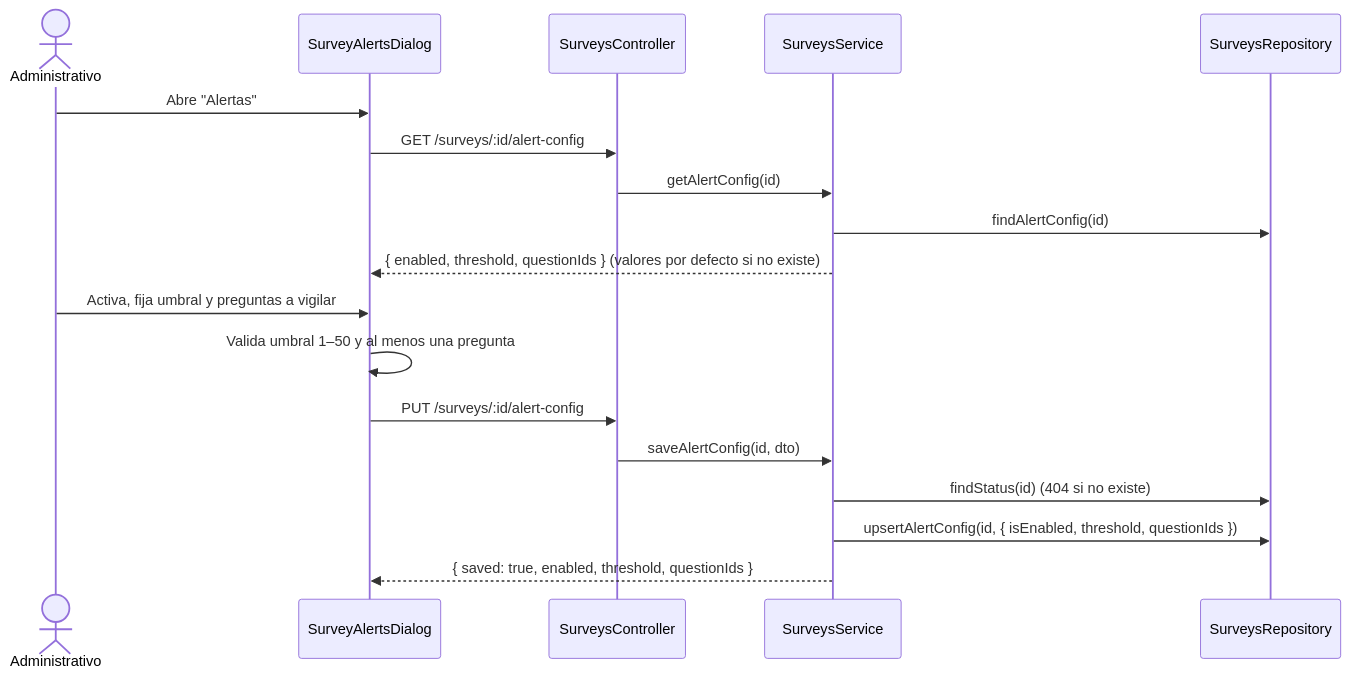
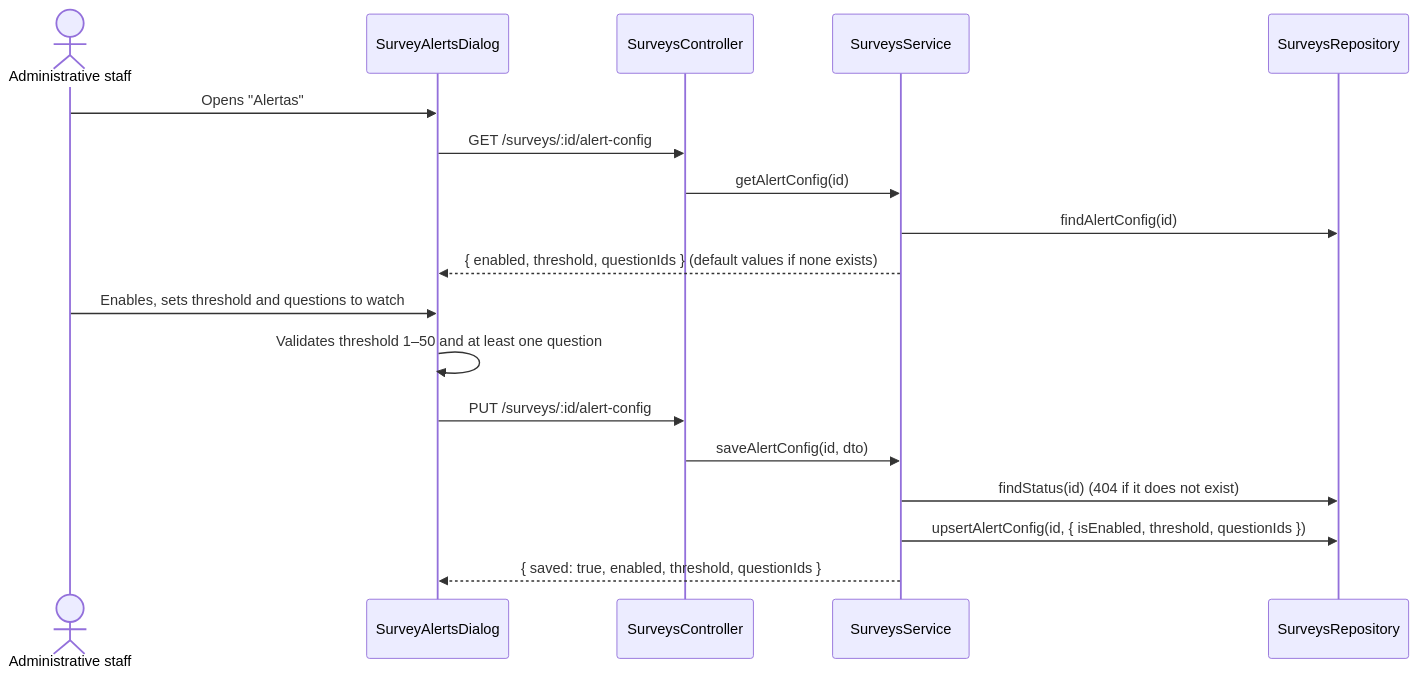
The fourth of 4 diagrams in docs/surveys/README.md (UMSSY/umssy-app), drawn with Mermaid before and after one commit. The commit also changed other lines of this file and 8 other files, not shown here.

````diff
--- a/docs/surveys/README.md
+++ b/docs/surveys/README.md
@@ -144,20 +144,20 @@
 ```mermaid
 sequenceDiagram
-  actor A as Administrativo
+  actor A as Administrative staff
   participant D as SurveyAlertsDialog
   participant C as SurveysController
   participant S as SurveysService
   participant R as SurveysRepository
-  A->>D: Abre "Alertas"
+  A->>D: Opens "Alertas"
   D->>C: GET /surveys/:id/alert-config
   C->>S: getAlertConfig(id)
   S->>R: findAlertConfig(id)
-  S-->>D: { enabled, threshold, questionIds } (valores por defecto si no existe)
-  A->>D: Activa, fija umbral y preguntas a vigilar
-  D->>D: Valida umbral 1–50 y al menos una pregunta
+  S-->>D: { enabled, threshold, questionIds } (default values if none exists)
+  A->>D: Enables, sets threshold and questions to watch
+  D->>D: Validates threshold 1–50 and at least one question
   D->>C: PUT /surveys/:id/alert-config
   C->>S: saveAlertConfig(id, dto)
-  S->>R: findStatus(id) (404 si no existe)
+  S->>R: findStatus(id) (404 if it does not exist)
   S->>R: upsertAlertConfig(id, { isEnabled, threshold, questionIds })
   S-->>D: { saved: true, enabled, threshold, questionIds }
 ```
````
